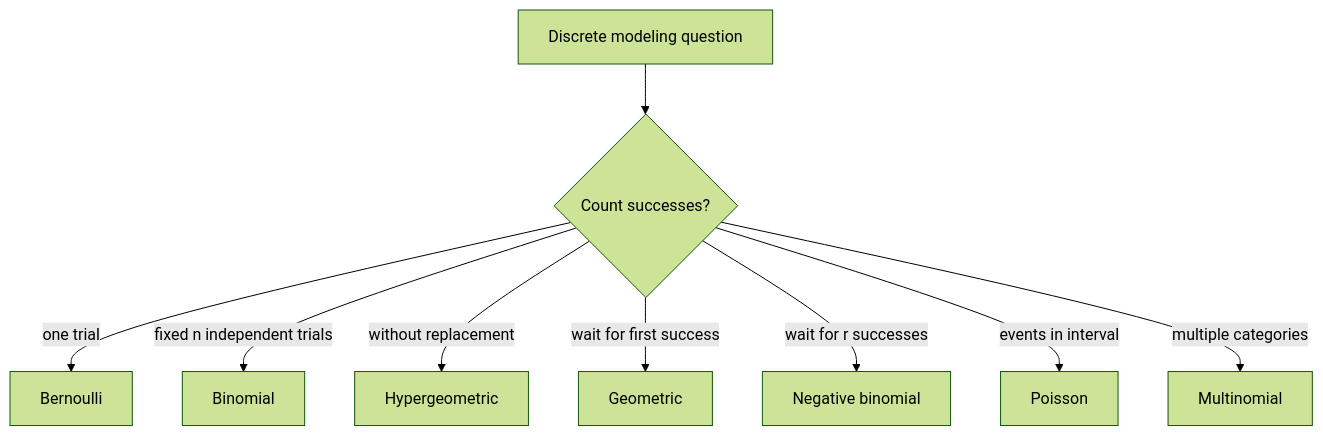
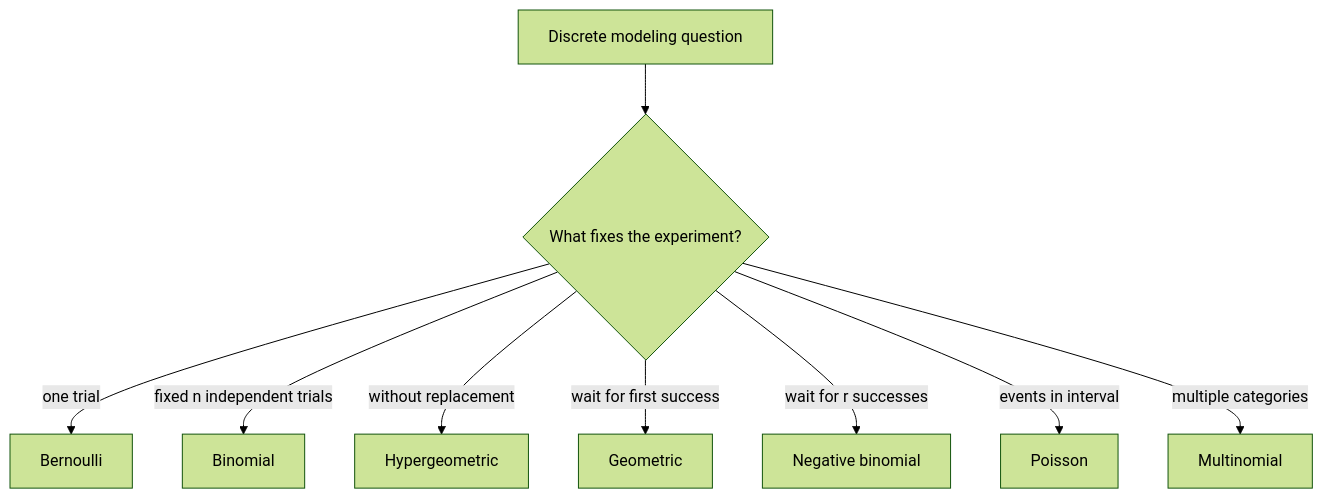
Before and after one commit to justinbrianhwang/SJ-wiki: the diagram in docs/math/probability/common-discrete-distributions.md, drawn with Mermaid (forest theme). The commit also changed other lines of this file and 166 other files, not shown here.

````diff
--- a/docs/math/probability/common-discrete-distributions.md
+++ b/docs/math/probability/common-discrete-distributions.md
@@ -120,11 +201,11 @@
 ```mermaid
 flowchart TD
-  Start[Discrete modeling question] --> Count{"Count successes?"}
+  Start["Discrete modeling question"] --> Count{"What fixes the experiment?"}
   Count -->|one trial| Bern[Bernoulli]
   Count -->|fixed n independent trials| Bin[Binomial]
   Count -->|without replacement| Hyp[Hypergeometric]
   Count -->|wait for first success| Geo[Geometric]
   Count -->|wait for r successes| NB[Negative binomial]
   Count -->|events in interval| Pois[Poisson]
   Count -->|multiple categories| Multi[Multinomial]
 ```
````
